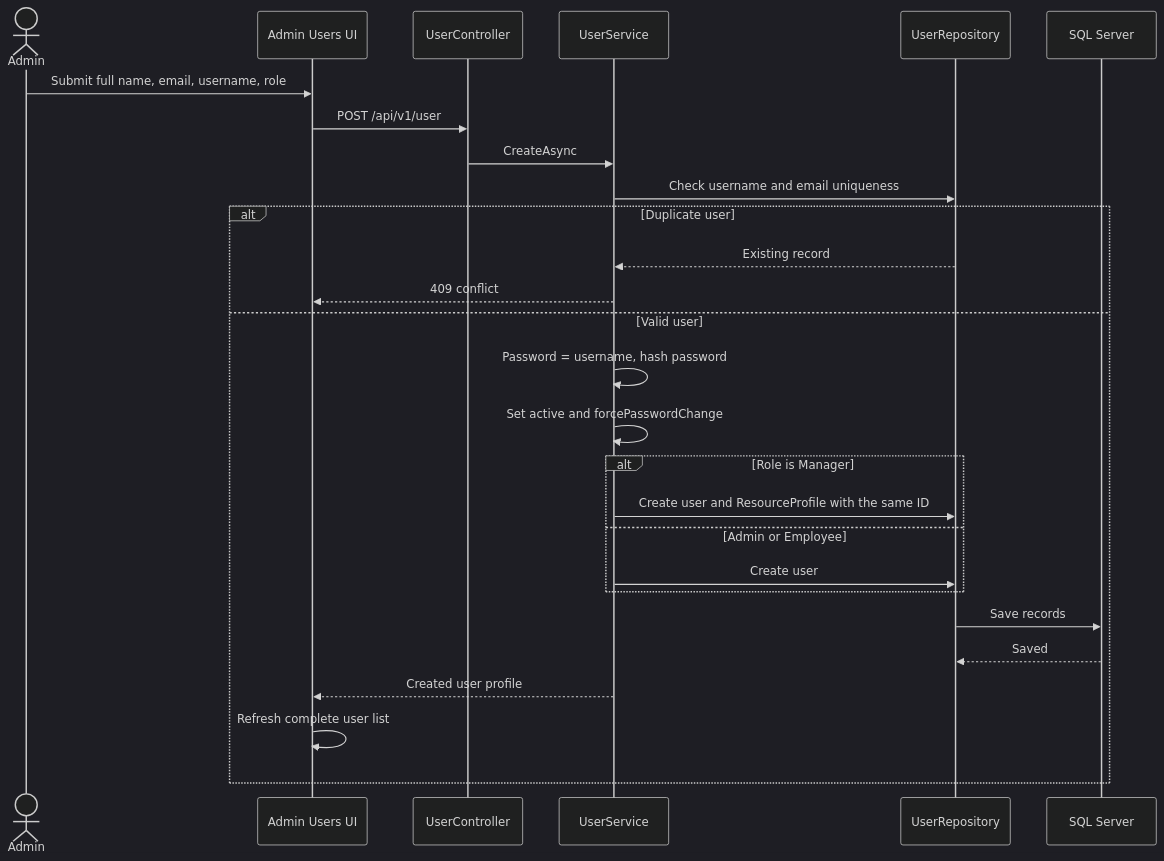
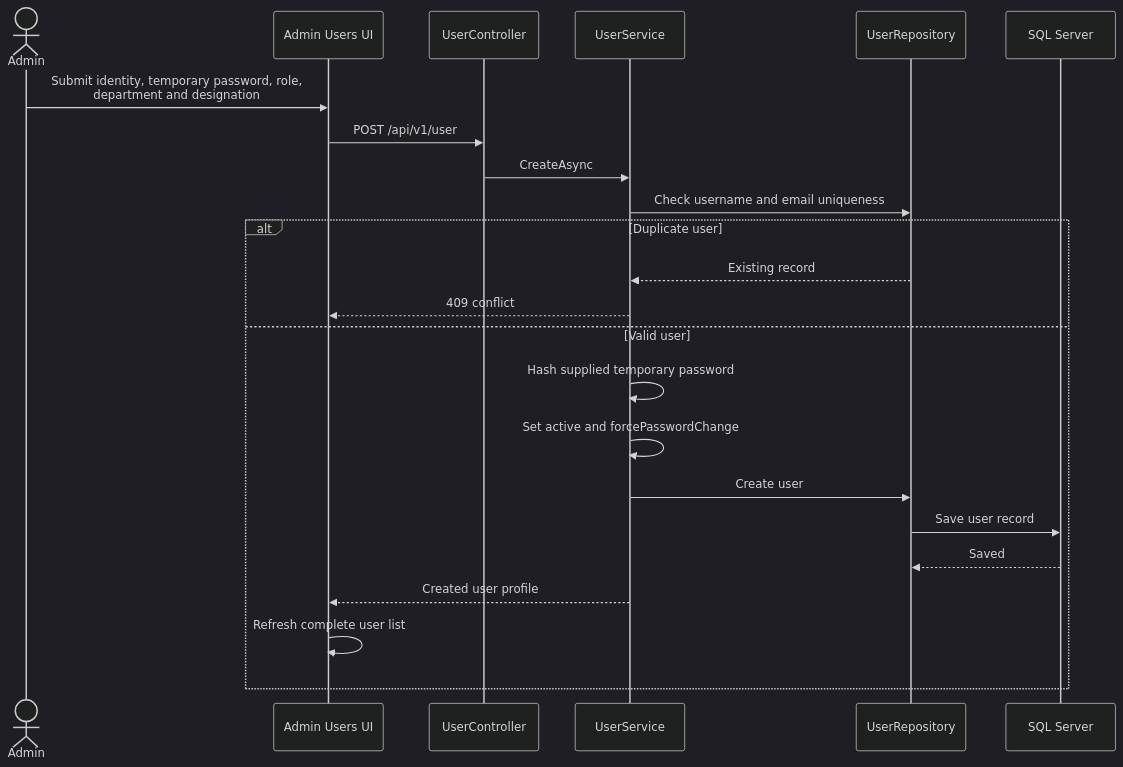
The ninth of 17 diagrams in ResourceMindAi/readme.md (AayushGargITT/AayushGarg-LearnCode-2025-26), drawn with Mermaid (dark theme) before and after one commit. The commit also changed other lines of this file and 47 other files, not shown here.

First line of the commit message:
refactor(domain): rename Employee to ResourceProfile and simplify entity model

````diff
--- a/ResourceMindAi/readme.md
+++ b/ResourceMindAi/readme.md
@@ -482,31 +482,27 @@
 ```mermaid
 sequenceDiagram
     actor Admin
     participant UI as Admin Users UI
     participant API as UserController
     participant Service as UserService
     participant Repo as UserRepository
     participant DB as SQL Server
 
-    Admin->>UI: Submit full name, email, username, role
+    Admin->>UI: Submit identity, temporary password, role,<br/>department and designation
     UI->>API: POST /api/v1/user
     API->>Service: CreateAsync
     Service->>Repo: Check username and email uniqueness
 
     alt Duplicate user
         Repo-->>Service: Existing record
         Service-->>UI: 409 conflict
     else Valid user
-        Service->>Service: Password = username, hash password
+        Service->>Service: Hash supplied temporary password
         Service->>Service: Set active and forcePasswordChange
-        alt Role is Manager
-            Service->>Repo: Create user and ResourceProfile with the same ID
-        else Admin or Employee
-            Service->>Repo: Create user
-        end
-        Repo->>DB: Save records
+        Service->>Repo: Create user
+        Repo->>DB: Save user record
         DB-->>Repo: Saved
         Service-->>UI: Created user profile
         UI->>UI: Refresh complete user list
     end
 ```
````
